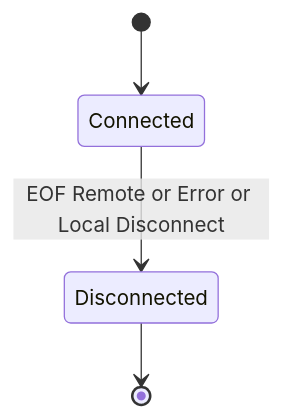
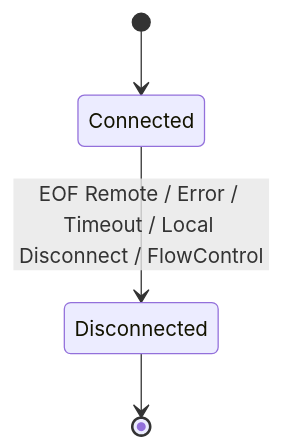
Before and after one commit to BIGSUNGG/DS_Communication: the diagram in Document/02-Architecture/Data-Flow.md, drawn with Mermaid. The commit also changed other lines of this file and 10 other files, not shown here.

````diff
--- a/Document/02-Architecture/Data-Flow.md
+++ b/Document/02-Architecture/Data-Flow.md
@@ -19,6 +20,6 @@
 ```mermaid
 stateDiagram-v2
   [*] --> Connected
-  Connected --> Disconnected: EOF Remote or Error or Local Disconnect
+  Connected --> Disconnected: EOF Remote / Error / Timeout / Local Disconnect / FlowControl
   Disconnected --> [*]
 ```
````
